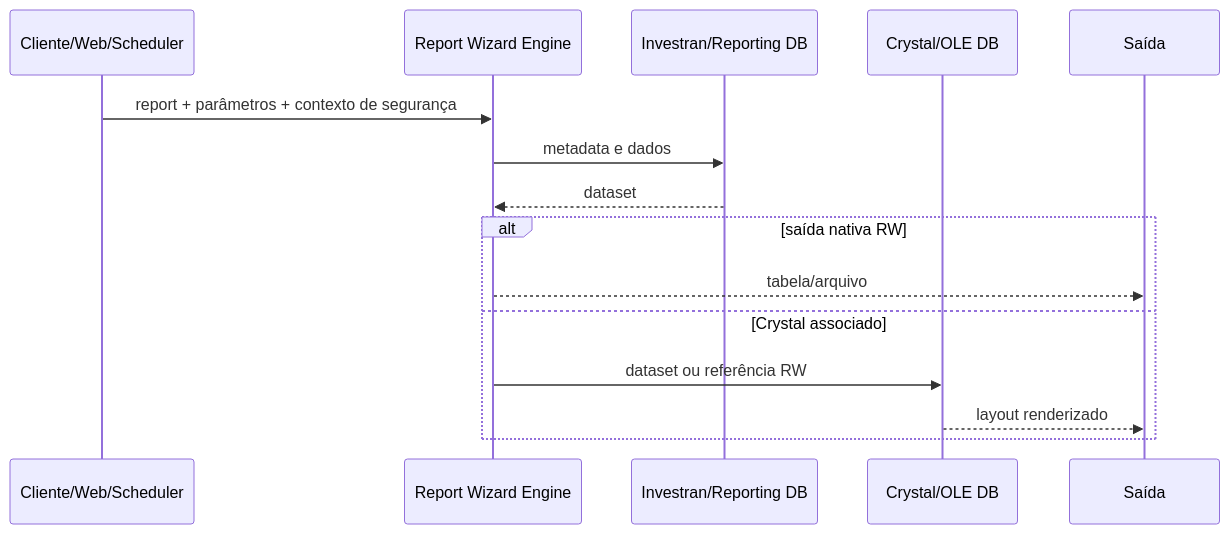
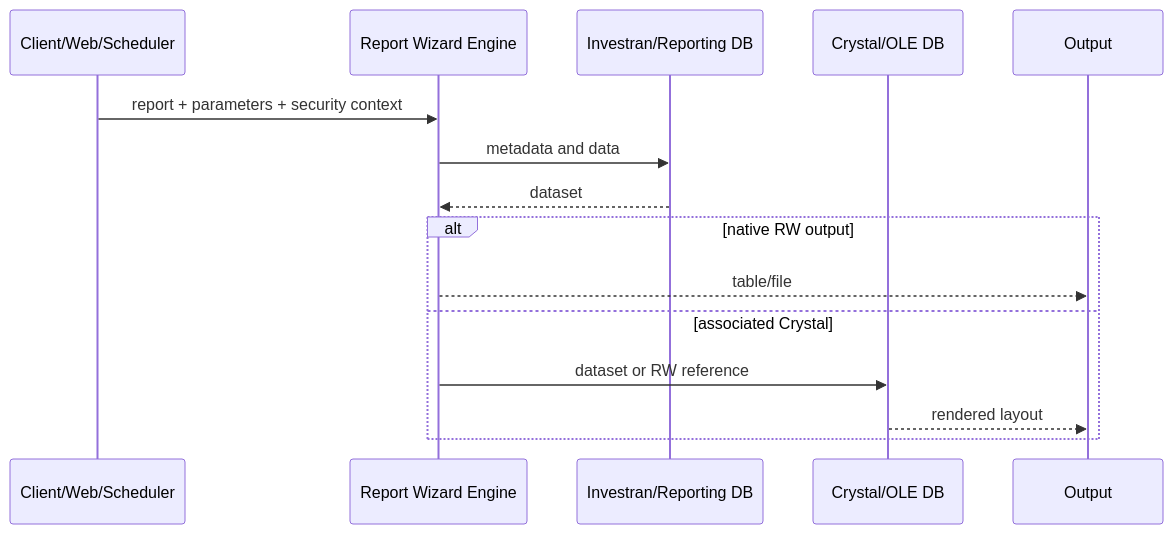
One commit to msekimoto/investran changed the second of 3 diagrams in docs/arquitetura/03-fluxos-ponta-a-ponta.md. Above: the diagram before and after it, drawn with Mermaid. The commit also changed other lines of this file and 52 other files, not shown here.

````diff
--- a/docs/arquitetura/03-fluxos-ponta-a-ponta.md
+++ b/docs/arquitetura/03-fluxos-ponta-a-ponta.md
@@ -27,18 +26,17 @@
 ```mermaid
 sequenceDiagram
-    participant C as Cliente/Web/Scheduler
+    participant C as Client/Web/Scheduler
     participant RW as Report Wizard Engine
     participant DB as Investran/Reporting DB
     participant CR as Crystal/OLE DB
-    participant O as Saída
-
-    C->>RW: report + parâmetros + contexto de segurança
-    RW->>DB: metadata e dados
+    participant O as Output
+    C->>RW: report + parameters + security context
+    RW->>DB: metadata and data
     DB-->>RW: dataset
-    alt saída nativa RW
-        RW-->>O: tabela/arquivo
-    else Crystal associado
-        RW->>CR: dataset ou referência RW
-        CR-->>O: layout renderizado
+    alt native RW output
+        RW-->>O: table/file
+    else associated Crystal
+        RW->>CR: dataset or RW reference
+        CR-->>O: rendered layout
     end
 ```
````
